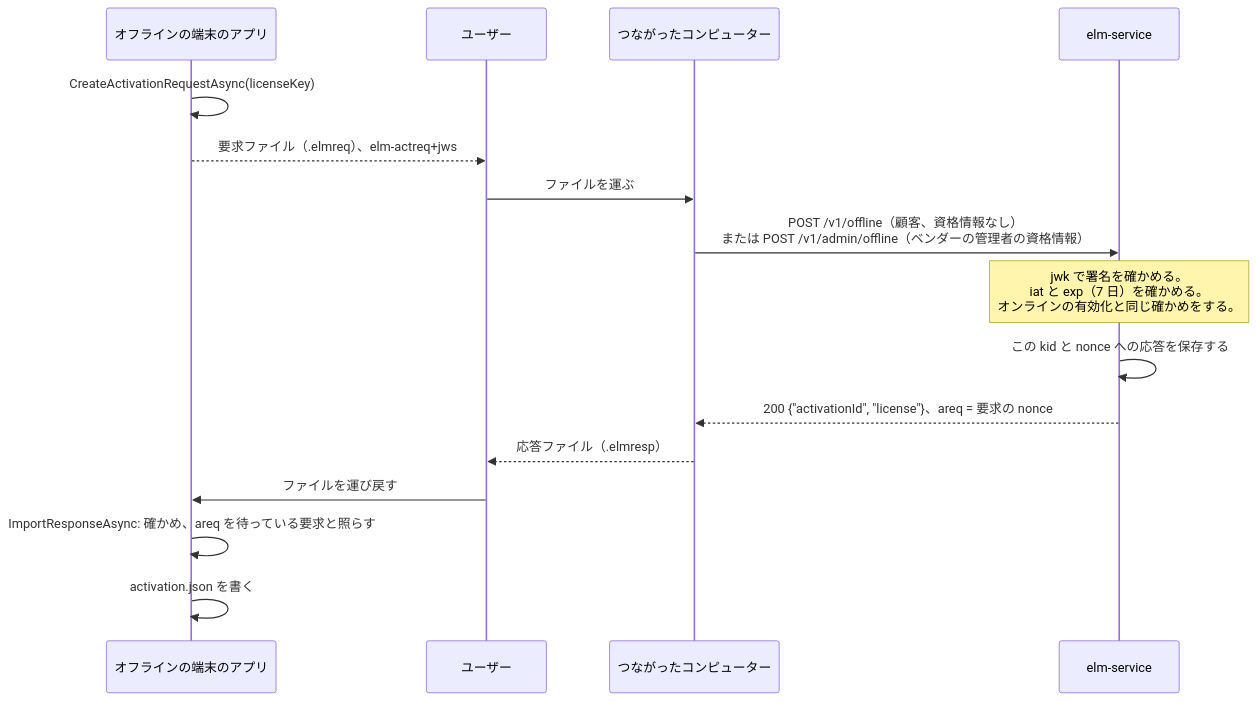
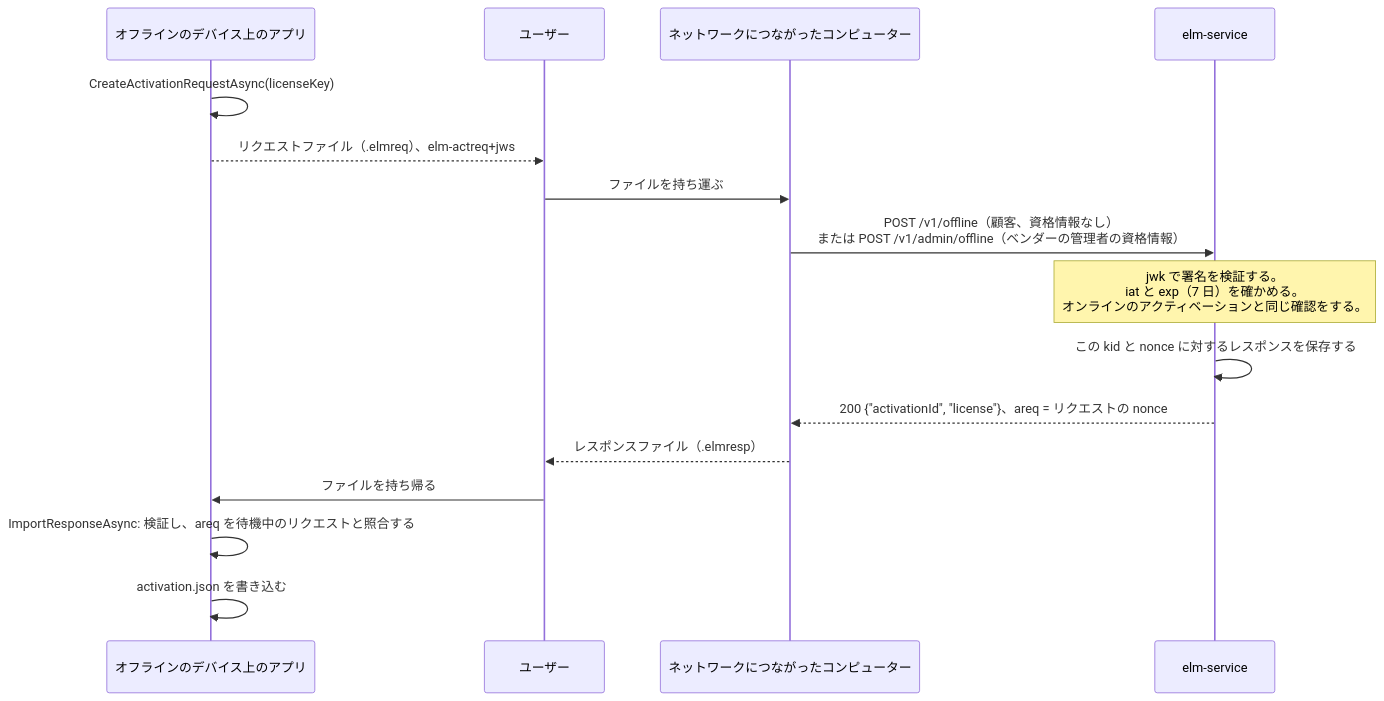
The third of 3 diagrams in docs/guide.ja/explanation/activation.md (YUKIKEDA/ElasticLM), drawn with Mermaid before and after one commit. The commit also changed other lines of this file and 17 other files, not shown here.

````diff
--- a/docs/guide.ja/explanation/activation.md
+++ b/docs/guide.ja/explanation/activation.md
@@ -151,18 +151,18 @@
 ```mermaid
 sequenceDiagram
-    participant A as オフラインの端末のアプリ
+    participant A as オフラインのデバイス上のアプリ
     participant U as ユーザー
-    participant C as つながったコンピューター
+    participant C as ネットワークにつながったコンピューター
     participant S as elm-service
     A->>A: CreateActivationRequestAsync(licenseKey)
-    A-->>U: 要求ファイル（.elmreq）、elm-actreq+jws
-    U->>C: ファイルを運ぶ
+    A-->>U: リクエストファイル（.elmreq）、elm-actreq+jws
+    U->>C: ファイルを持ち運ぶ
     C->>S: POST /v1/offline（顧客、資格情報なし）<br/>または POST /v1/admin/offline（ベンダーの管理者の資格情報）
-    Note over S: jwk で署名を確かめる。<br/>iat と exp（7 日）を確かめる。<br/>オンラインの有効化と同じ確かめをする。
-    S->>S: この kid と nonce への応答を保存する
-    S-->>C: 200 {"activationId", "license"}、areq = 要求の nonce
-    C-->>U: 応答ファイル（.elmresp）
-    U->>A: ファイルを運び戻す
-    A->>A: ImportResponseAsync: 確かめ、areq を待っている要求と照らす
-    A->>A: activation.json を書く
+    Note over S: jwk で署名を検証する。<br/>iat と exp（7 日）を確かめる。<br/>オンラインのアクティベーションと同じ確認をする。
+    S->>S: この kid と nonce に対するレスポンスを保存する
+    S-->>C: 200 {"activationId", "license"}、areq = リクエストの nonce
+    C-->>U: レスポンスファイル（.elmresp）
+    U->>A: ファイルを持ち帰る
+    A->>A: ImportResponseAsync: 検証し、areq を待機中のリクエストと照合する
+    A->>A: activation.json を書き込む
 ```
````
